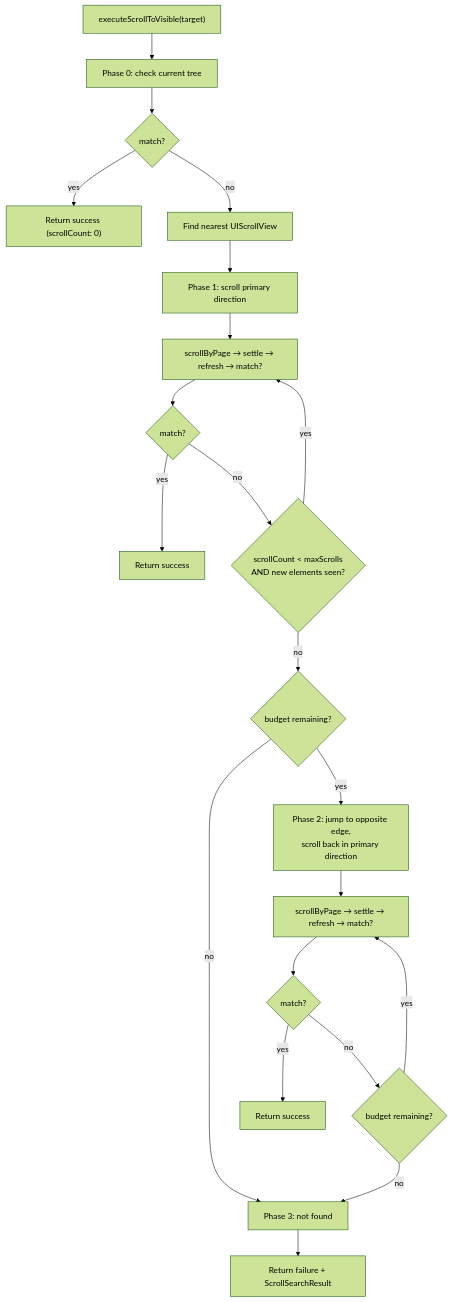
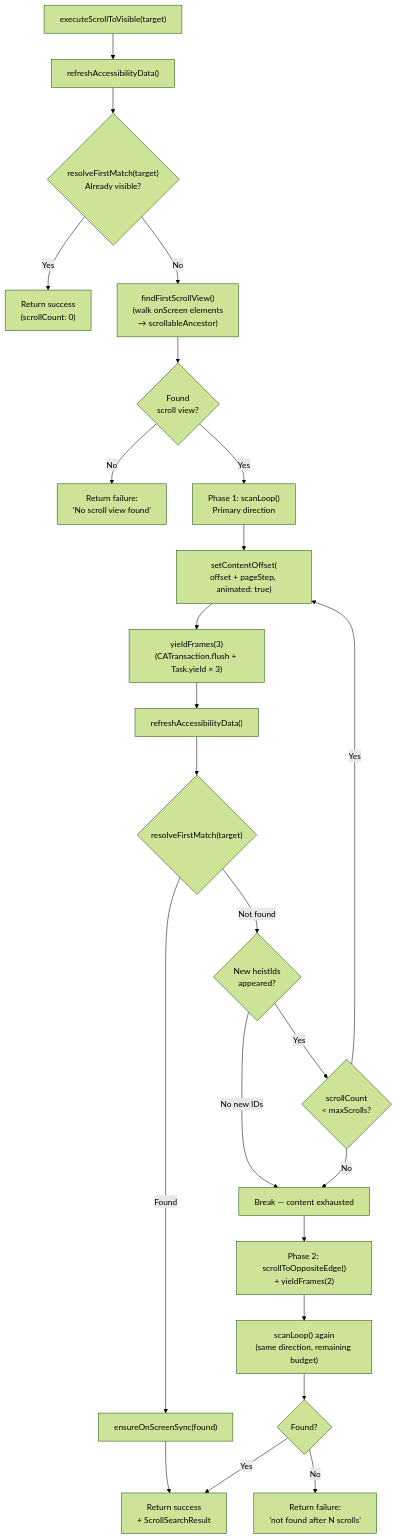
One commit to RoyalPineapple/TheButtonHeist changed the second of 2 diagrams in docs/dossiers/04a-SCROLLING.md. Above: the diagram before and after it, drawn with Mermaid (forest theme). The commit also changed other lines of this file and 61 other files, not shown here.

````diff
--- a/docs/dossiers/04a-SCROLLING.md
+++ b/docs/dossiers/04a-SCROLLING.md
@@ -138,24 +136,28 @@
 ```mermaid
 flowchart TD
-    Start["executeScrollToVisible(target)"]
-    Start --> P0["Phase 0: check current tree"]
-    P0 --> Found0{match?}
-    Found0 -->|yes| Return0["Return success (scrollCount: 0)"]
-    Found0 -->|no| FindSV["Find nearest UIScrollView"]
-    FindSV --> P1["Phase 1: scroll primary direction"]
-    P1 --> Loop1["scrollByPage → settle → refresh → match?"]
-    Loop1 --> Found1{match?}
-    Found1 -->|yes| Return1["Return success"]
-    Found1 -->|no| Budget{scrollCount < maxScrolls<br/>AND new elements seen?}
-    Budget -->|yes| Loop1
-    Budget -->|no| P2Check{budget remaining?}
-    P2Check -->|no| P3["Phase 3: not found"]
-    P2Check -->|yes| P2["Phase 2: jump to opposite edge,<br/>scroll back in primary direction"]
-    P2 --> Loop2["scrollByPage → settle → refresh → match?"]
-    Loop2 --> Found2{match?}
-    Found2 -->|yes| Return2["Return success"]
-    Found2 -->|no| Budget2{budget remaining?}
-    Budget2 -->|yes| Loop2
-    Budget2 -->|no| P3
-    P3 --> ReturnFail["Return failure + ScrollSearchResult"]
+    S["executeScrollToVisible(target)"] --> REF["refreshAccessibilityData()"]
+    REF --> CHK{"resolveFirstMatch(target)<br/>Already visible?"}
+    CHK -->|Yes| DONE["Return success<br/>(scrollCount: 0)"]
+    CHK -->|No| FSV["findFirstScrollView()<br/>(walk onScreen elements<br/>→ scrollableAncestor)"]
+    FSV --> SVOK{Found<br/>scroll view?}
+    SVOK -->|No| FAIL0["Return failure:<br/>'No scroll view found'"]
+    SVOK -->|Yes| PH1["Phase 1: scanLoop()<br/>Primary direction"]
+
+    PH1 --> SLOOP["setContentOffset(<br/>offset + pageStep, animated: true)"]
+    SLOOP --> SETTLE["yieldFrames(3)<br/>(CATransaction.flush + Task.yield × 3)"]
+    SETTLE --> REFR["refreshAccessibilityData()"]
+    REFR --> FM{"resolveFirstMatch(target)"}
+    FM -->|Found| ENS["ensureOnScreenSync(found)"]
+    ENS --> END["Return success<br/>+ ScrollSearchResult"]
+    FM -->|Not found| NEW{New heistIds<br/>appeared?}
+    NEW -->|No new IDs| STALL["Break — content exhausted"]
+    NEW -->|Yes| BUDGET{scrollCount<br/>< maxScrolls?}
+    BUDGET -->|Yes| SLOOP
+    BUDGET -->|No| STALL
+
+    STALL --> PH2["Phase 2: scrollToOppositeEdge()<br/>+ yieldFrames(2)"]
+    PH2 --> SCAN2["scanLoop() again<br/>(same direction, remaining budget)"]
+    SCAN2 --> RESULT{Found?}
+    RESULT -->|Yes| END
+    RESULT -->|No| FAILN["Return failure:<br/>'not found after N scrolls'"]
 ```
````
